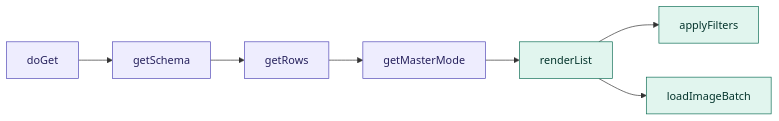
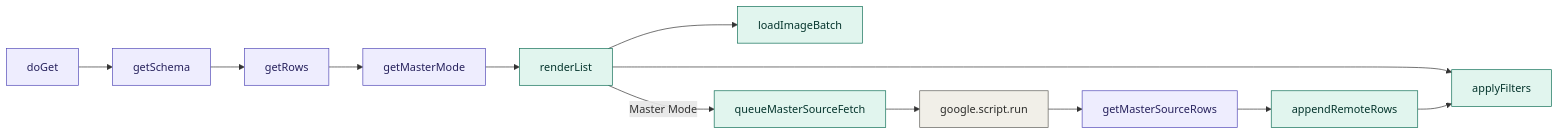
The first of 7 diagrams in README.md (oleksiisedun/personnel-database), drawn with Mermaid before and after one commit. The commit also changed other lines of this file, not shown here.

First line of the commit message:
Update README: Master Mode streaming, custom menu, All units checkbox

````diff
--- a/README.md
+++ b/README.md
@@ -250,12 +262,17 @@
 ```mermaid
 flowchart LR
   doGet --> getSchema --> getRows --> getMasterMode --> renderList
   renderList --> applyFilters
   renderList --> loadImageBatch
+  renderList -->|Master Mode| queueMasterSourceFetch
+  queueMasterSourceFetch --> gsr[google.script.run]
+  gsr --> getMasterSourceRows --> appendRemoteRows --> applyFilters
 
   classDef code   fill:#EEEDFE,stroke:#534AB7,color:#26215C
   classDef client fill:#E1F5EE,stroke:#0F6E56,color:#04342C
+  classDef api    fill:#F1EFE8,stroke:#5F5E5A,color:#2C2C2A
 
-  class doGet,getSchema,getRows,getMasterMode code
-  class renderList,applyFilters,loadImageBatch client
+  class doGet,getSchema,getRows,getMasterMode,getMasterSourceRows code
+  class renderList,applyFilters,loadImageBatch,queueMasterSourceFetch,appendRemoteRows client
+  class gsr api
 ```
````
